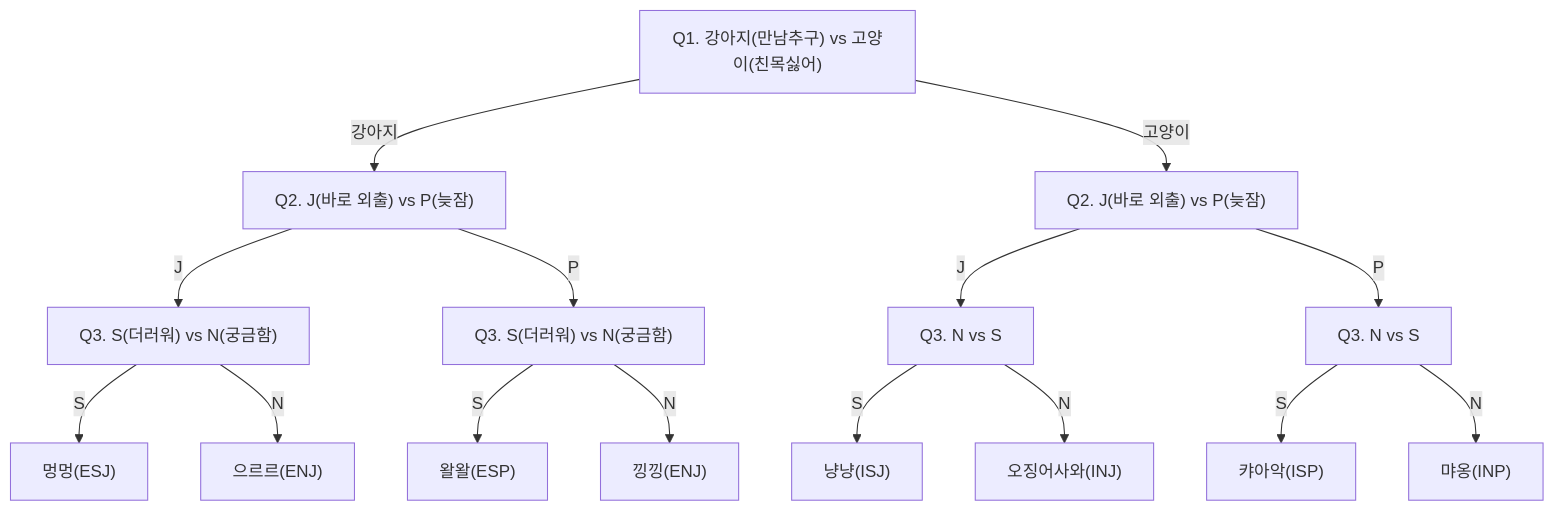
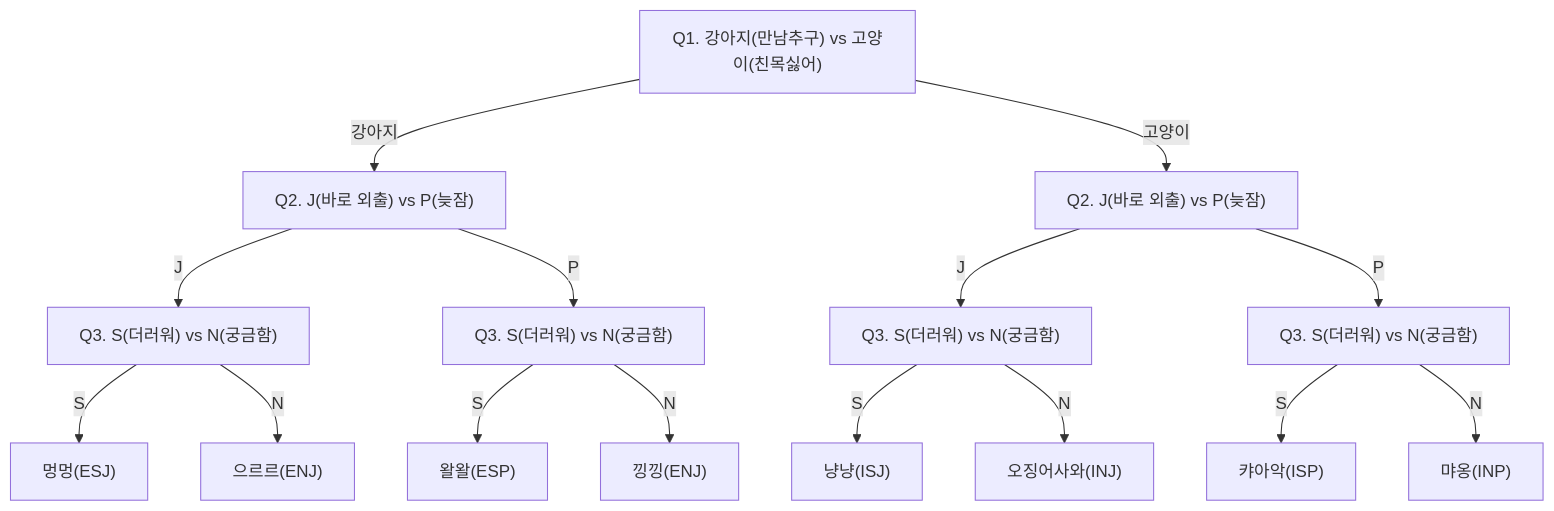
One commit to whyoftenno/kunimal_type_test changed the diagram in flowchart.md. Above: the diagram before and after it, drawn with Mermaid.

````diff
--- a/flowchart.md
+++ b/flowchart.md
@@ -1,21 +1,21 @@
 ```mermaid
 graph TD
   Q1["Q1. 강아지(만남추구) vs 고양이(친목싫어)"] -->|강아지| Q2A["Q2. J(바로 외출) vs P(늦잠)"]
   Q1 -->|고양이| Q2B["Q2. J(바로 외출) vs P(늦잠)"]
 
   Q2A -->|J| Q3A["Q3. S(더러워) vs N(궁금함)"]
   Q2A -->|P| Q3B["Q3. S(더러워) vs N(궁금함)"]
 
   Q3A -->|S| R1["멍멍(ESJ)"]
   Q3A -->|N| R2["으르르(ENJ)"]
   Q3B -->|S| R3["왈왈(ESP)"]
   Q3B -->|N| R4["낑낑(ENJ)"]
 
-  Q2B -->|J| Q3C["Q3. N vs S"]
-  Q2B -->|P| Q3D["Q3. N vs S"]
+  Q2B -->|J| Q3C["Q3. S(더러워) vs N(궁금함)"]
+  Q2B -->|P| Q3D["Q3. S(더러워) vs N(궁금함)"]
 
   Q3C -->|S| R5["냥냥(ISJ)"]
   Q3C -->|N| R6["오징어사와(INJ)"]
   Q3D -->|S| R7["캬아악(ISP)"]
   Q3D -->|N| R8["먀옹(INP)"]
 ```
````
